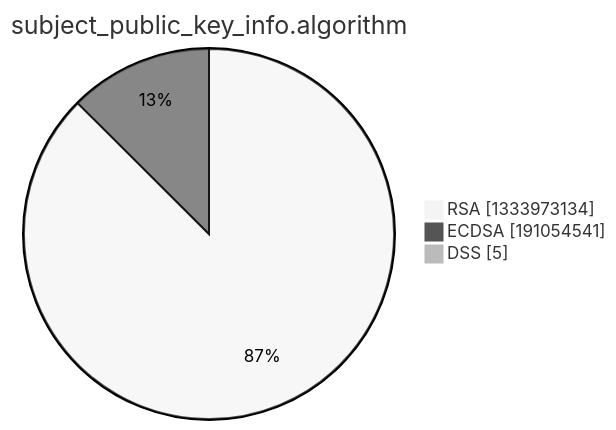
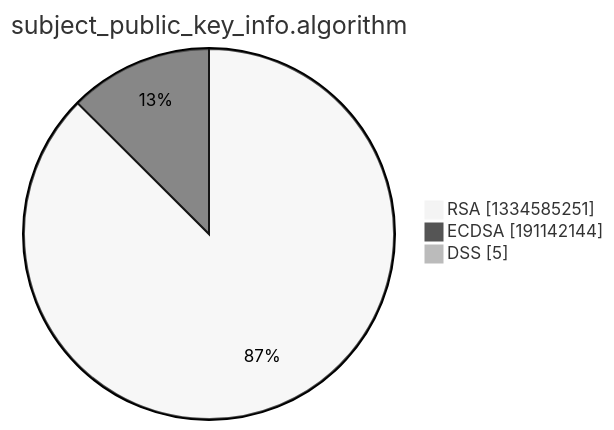
The third of 15 diagrams in xenon2022/README.md (christiankrug/ctmonitor_visualization), drawn with Mermaid (neutral theme) before and after one commit. The commit also changed other lines of this file, not shown here.

````diff
--- a/xenon2022/README.md
+++ b/xenon2022/README.md
@@ -14,7 +14,7 @@
 ```mermaid
 pie showData
 title subject_public_key_info.algorithm
-"RSA" :1333973134
-"ECDSA" :191054541
+"RSA" :1334585251
+"ECDSA" :191142144
 "DSS" :5
 ```
````
